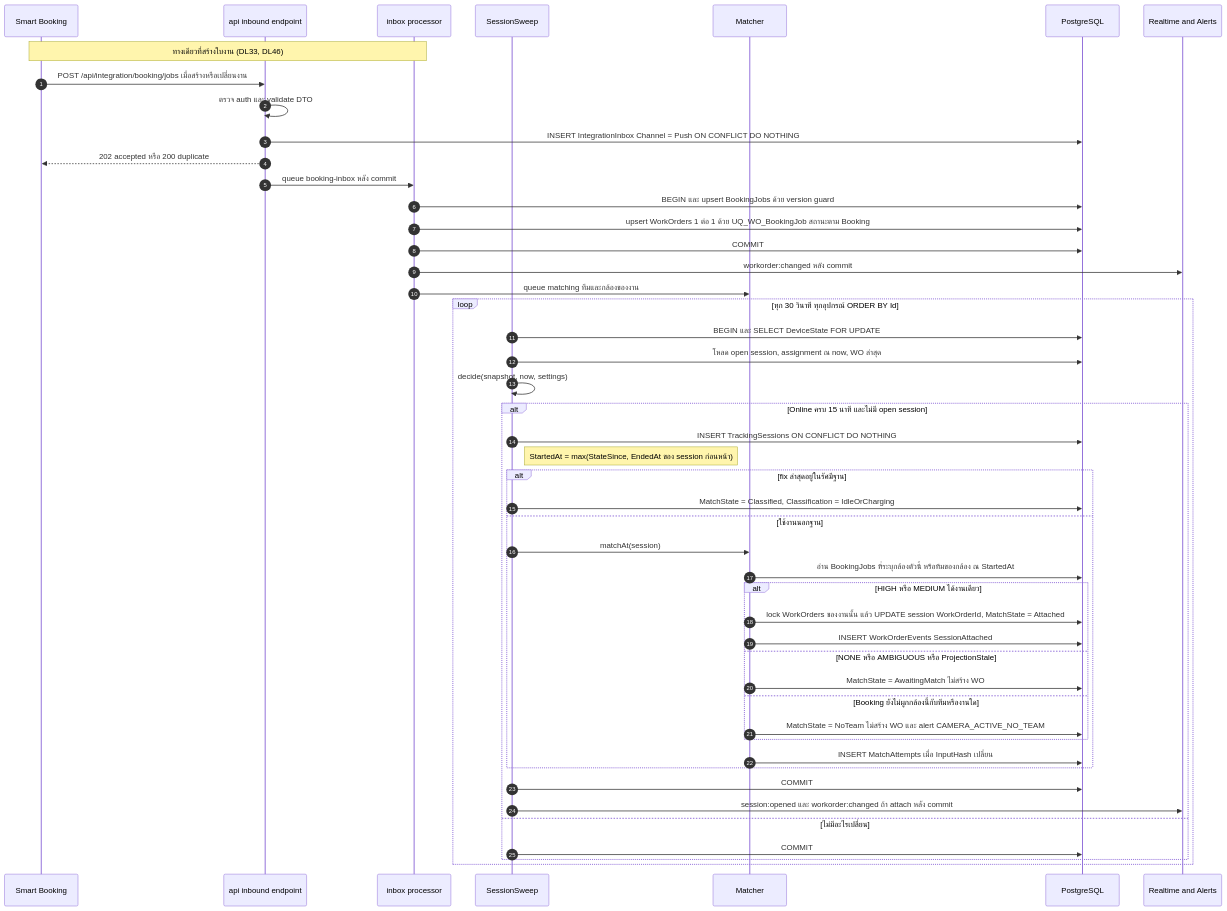
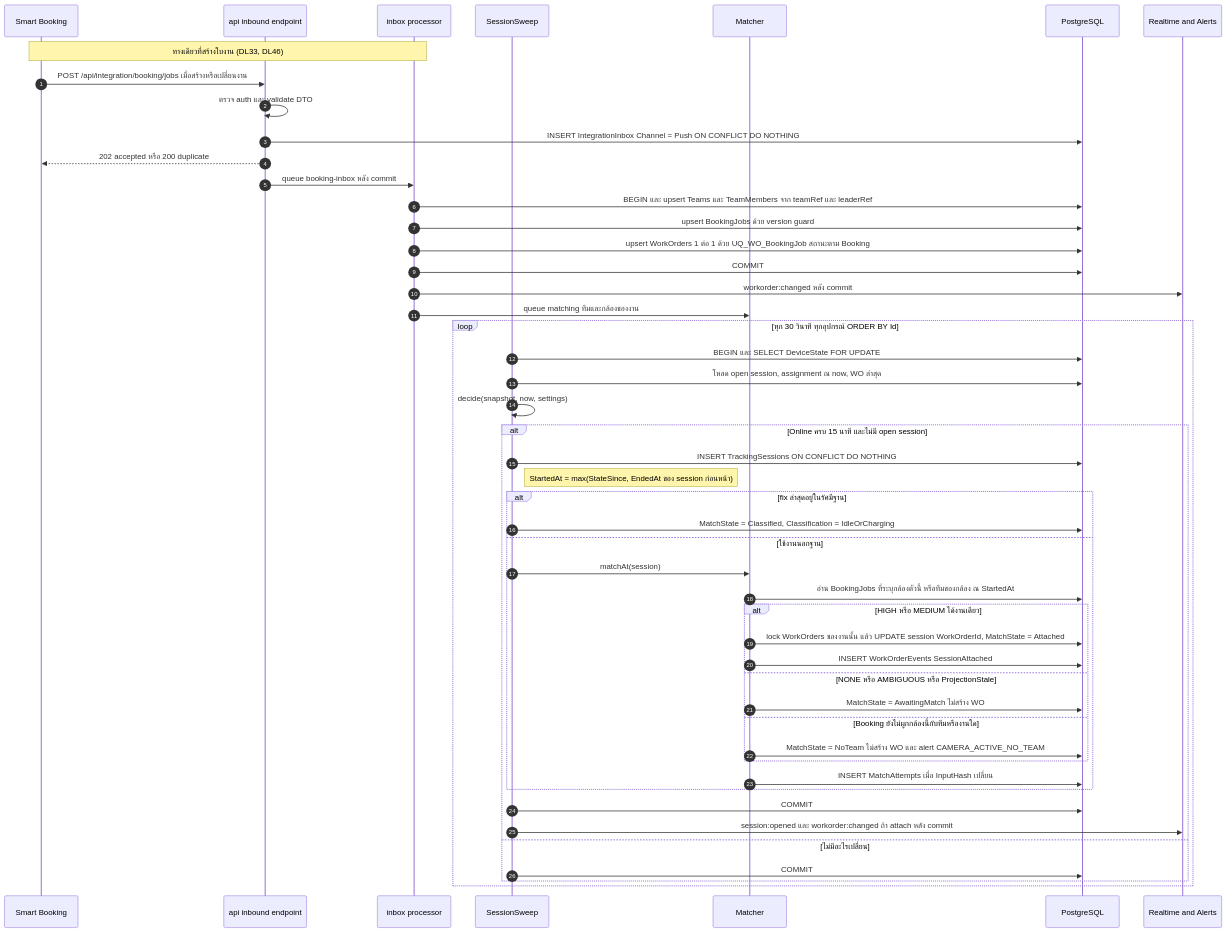
The third of 10 diagrams in docs/blueprint/03-business-workflows.md (b-werayut/psd-bodycam-v1.0), drawn with Mermaid before and after one commit. The commit also changed other lines of this file and 78 other files, not shown here.

````diff
--- a/docs/blueprint/03-business-workflows.md
+++ b/docs/blueprint/03-business-workflows.md
@@ -80,52 +80,53 @@
 ```mermaid
 sequenceDiagram
   autonumber
   participant BK as Smart Booking
   participant API as api inbound endpoint
   participant SY as inbox processor
   participant SW as SessionSweep
   participant M as Matcher
   participant DB as PostgreSQL
   participant RT as Realtime and Alerts
 
   Note over BK,SY: ทางเดียวที่สร้างใบงาน (DL33, DL46)
   BK->>API: POST /api/integration/booking/jobs เมื่อสร้างหรือเปลี่ยนงาน
   API->>API: ตรวจ auth และ validate DTO
   API->>DB: INSERT IntegrationInbox Channel = Push ON CONFLICT DO NOTHING
   API-->>BK: 202 accepted หรือ 200 duplicate
   API->>SY: queue booking-inbox หลัง commit
-  SY->>DB: BEGIN และ upsert BookingJobs ด้วย version guard
+  SY->>DB: BEGIN และ upsert Teams และ TeamMembers จาก teamRef และ leaderRef
+  SY->>DB: upsert BookingJobs ด้วย version guard
   SY->>DB: upsert WorkOrders 1 ต่อ 1 ด้วย UQ_WO_BookingJob สถานะตาม Booking
   SY->>DB: COMMIT
   SY->>RT: workorder:changed หลัง commit
   SY->>M: queue matching ทีมและกล้องของงาน
 
   loop ทุก 30 วินาที ทุกอุปกรณ์ ORDER BY Id
     SW->>DB: BEGIN และ SELECT DeviceState FOR UPDATE
     SW->>DB: โหลด open session, assignment ณ now, WO ล่าสุด
     SW->>SW: decide(snapshot, now, settings)
     alt Online ครบ 15 นาที และไม่มี open session
       SW->>DB: INSERT TrackingSessions ON CONFLICT DO NOTHING
       Note right of SW: StartedAt = max(StateSince, EndedAt ของ session ก่อนหน้า)
       alt fix ล่าสุดอยู่ในรัศมีฐาน
         SW->>DB: MatchState = Classified, Classification = IdleOrCharging
       else ใช้งานนอกฐาน
         SW->>M: matchAt(session)
         M->>DB: อ่าน BookingJobs ที่ระบุกล้องตัวนี้ หรือทีมของกล้อง ณ StartedAt
         alt HIGH หรือ MEDIUM ได้งานเดียว
           M->>DB: lock WorkOrders ของงานนั้น แล้ว UPDATE session WorkOrderId, MatchState = Attached
           M->>DB: INSERT WorkOrderEvents SessionAttached
         else NONE หรือ AMBIGUOUS หรือ ProjectionStale
           M->>DB: MatchState = AwaitingMatch ไม่สร้าง WO
         else Booking ยังไม่ผูกกล้องนี้กับทีมหรืองานใด
           M->>DB: MatchState = NoTeam ไม่สร้าง WO และ alert CAMERA_ACTIVE_NO_TEAM
         end
         M->>DB: INSERT MatchAttempts เมื่อ InputHash เปลี่ยน
       end
       SW->>DB: COMMIT
       SW->>RT: session:opened และ workorder:changed ถ้า attach หลัง commit
     else ไม่มีอะไรเปลี่ยน
       SW->>DB: COMMIT
     end
   end
 ```
````
